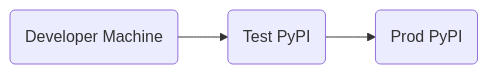
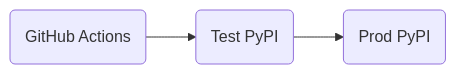
The first of 5 diagrams in GITHUB_ACTIONS.md (phitoduck/packaging-demo), drawn with Mermaid before and after one commit. The commit also changed other lines of this file and 11 other files, not shown here.

````diff
--- a/GITHUB_ACTIONS.md
+++ b/GITHUB_ACTIONS.md
@@ -5,8 +20,8 @@
 ```mermaid
 flowchart LR
-    Laptop(Developer Machine)
+    Laptop(GitHub Actions)
     TestPyPI(Test PyPI)
     ProdPyPI(Prod PyPI)
 
     Laptop --> TestPyPI --> ProdPyPI
 ```
````
